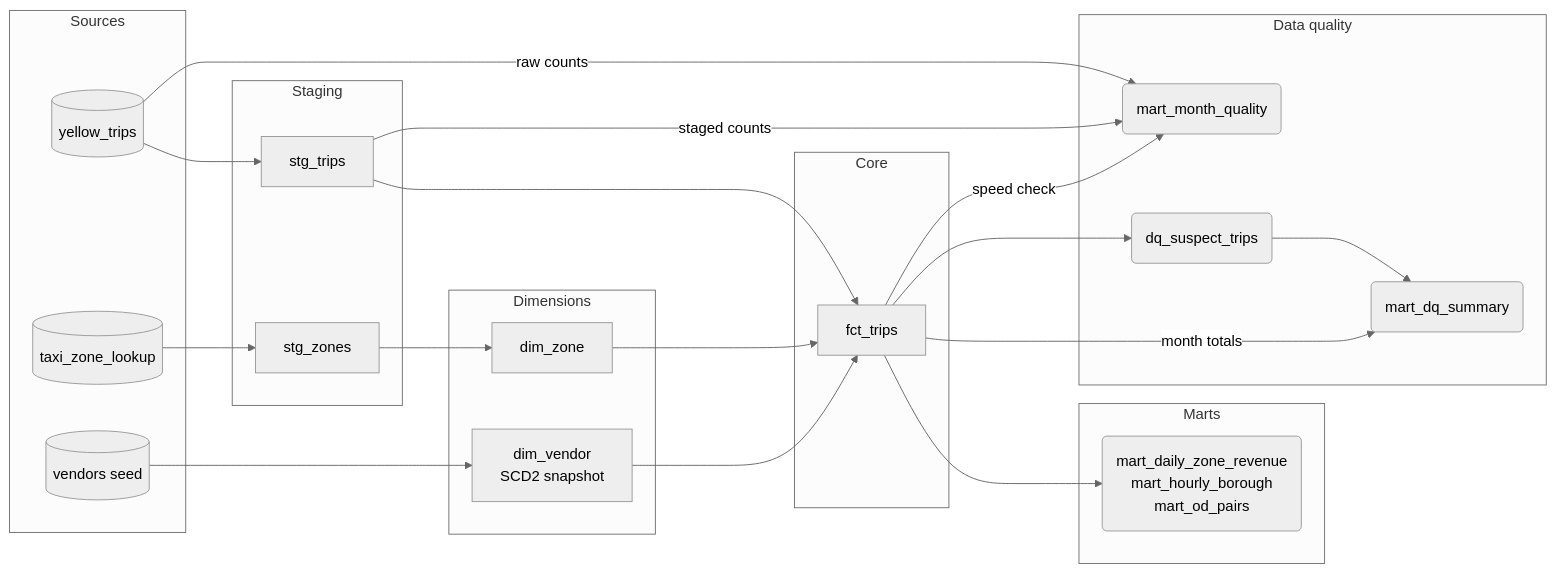
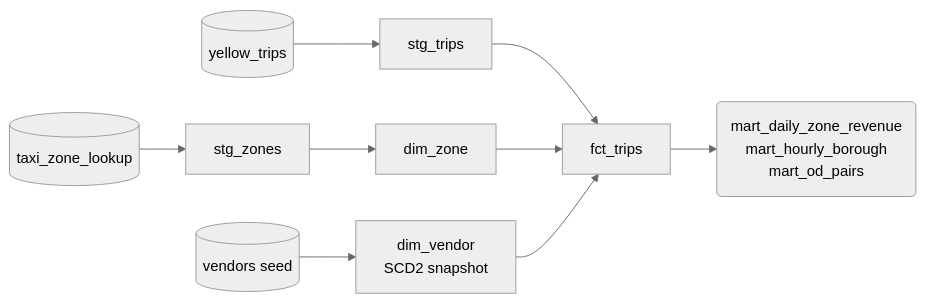
One commit to MerouaneRH/nyc-taxi-pipeline changed the first of 3 diagrams in docs/data-model.md. Above: the diagram before and after it, drawn with Mermaid (neutral theme). The commit also changed other lines of this file and 1 other file, not shown here.

Commit message:
docs: polish overview and lineage diagrams

````diff
--- a/docs/data-model.md
+++ b/docs/data-model.md
@@ -9,39 +15,11 @@
 ```mermaid
 flowchart LR
-    subgraph Sources
-        YT[("yellow_trips")]
-        ZL[("taxi_zone_lookup")]
-        VS[("vendors seed")]
-    end
-    subgraph Staging
-        STG["stg_trips"]
-        SZ["stg_zones"]
-    end
-    subgraph Dimensions
-        DZ["dim_zone"]
-        DV["dim_vendor<br/>SCD2 snapshot"]
-    end
-    subgraph Core
-        FCT["fct_trips"]
-    end
-    subgraph Marts
-        M3("mart_daily_zone_revenue<br/>mart_hourly_borough<br/>mart_od_pairs")
-    end
-    subgraph Quality["Data quality"]
-        MQ("mart_month_quality")
-        DQ("dq_suspect_trips")
-        DS("mart_dq_summary")
-    end
-    YT --> STG
-    ZL --> SZ --> DZ
-    VS --> DV
-    STG --> FCT
+    YT[("yellow_trips")] --> STG["stg_trips"]
+    ZL[("taxi_zone_lookup")] --> SZ["stg_zones"]
+    SZ --> DZ["dim_zone"]
+    VS[("vendors seed")] --> DV["dim_vendor<br/>SCD2 snapshot"]
+    STG --> FCT["fct_trips"]
     DZ --> FCT
     DV --> FCT
-    FCT --> M3
-    FCT --> DQ --> DS
-    FCT -->|"month totals"| DS
-    YT -->|"raw counts"| MQ
-    STG -->|"staged counts"| MQ
-    FCT -->|"speed check"| MQ
+    FCT --> M3("mart_daily_zone_revenue<br/>mart_hourly_borough<br/>mart_od_pairs")
 ```
````
